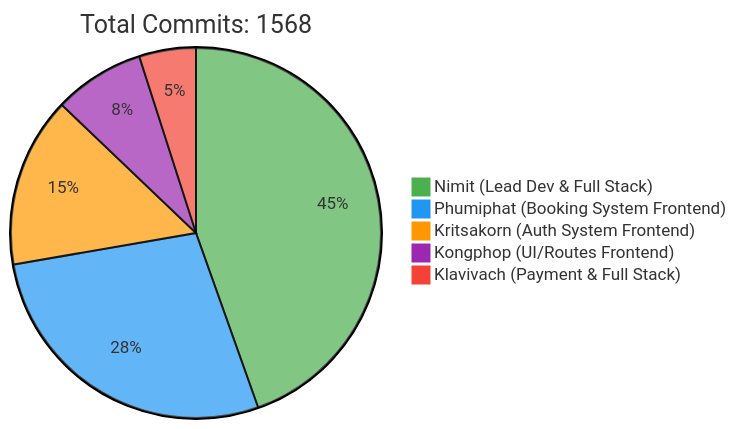
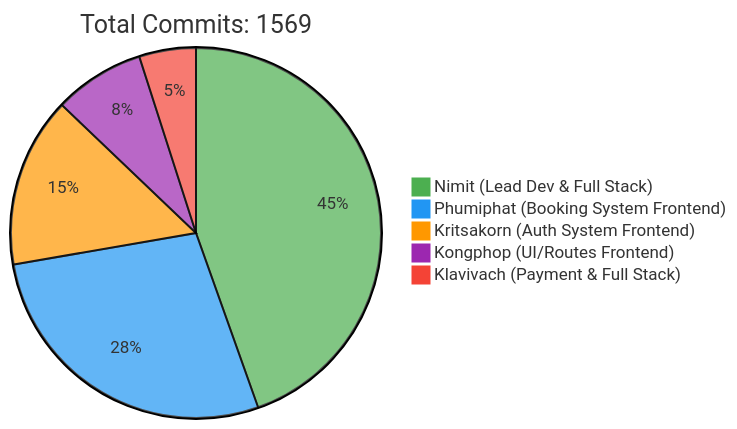
The first of 2 diagrams in README.md (6531503042/Sport-Complex), drawn with Mermaid before and after one commit. The commit also changed other lines of this file, not shown here.

Commit message:
docs: Update contributor statistics [skip ci]

````diff
--- a/README.md
+++ b/README.md
@@ -257,10 +257,10 @@
 ```mermaid
 %%{init: {'theme': 'base', 'themeVariables': { 'pie1': '#4CAF50', 'pie2': '#2196F3', 'pie3': '#FF9800', 'pie4': '#9C27B0', 'pie5': '#F44336'}}}%%
 pie
-    title Total Commits: 1568
+    title Total Commits: 1569
     "Nimit (Lead Dev & Full Stack)" : 450
     "Phumiphat (Booking System Frontend)" : 280
     "Kritsakorn (Auth System Frontend)" : 150
     "Kongphop (UI/Routes Frontend)" : 80
     "Klavivach (Payment & Full Stack)" : 50
 ```
````
